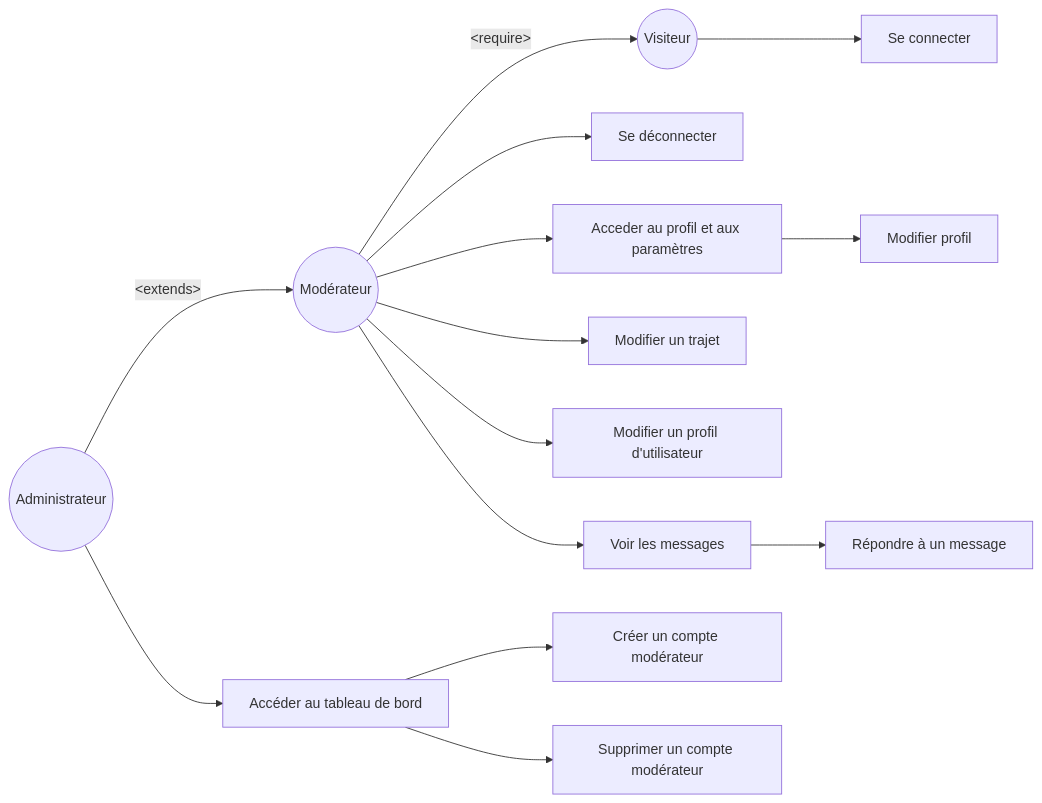
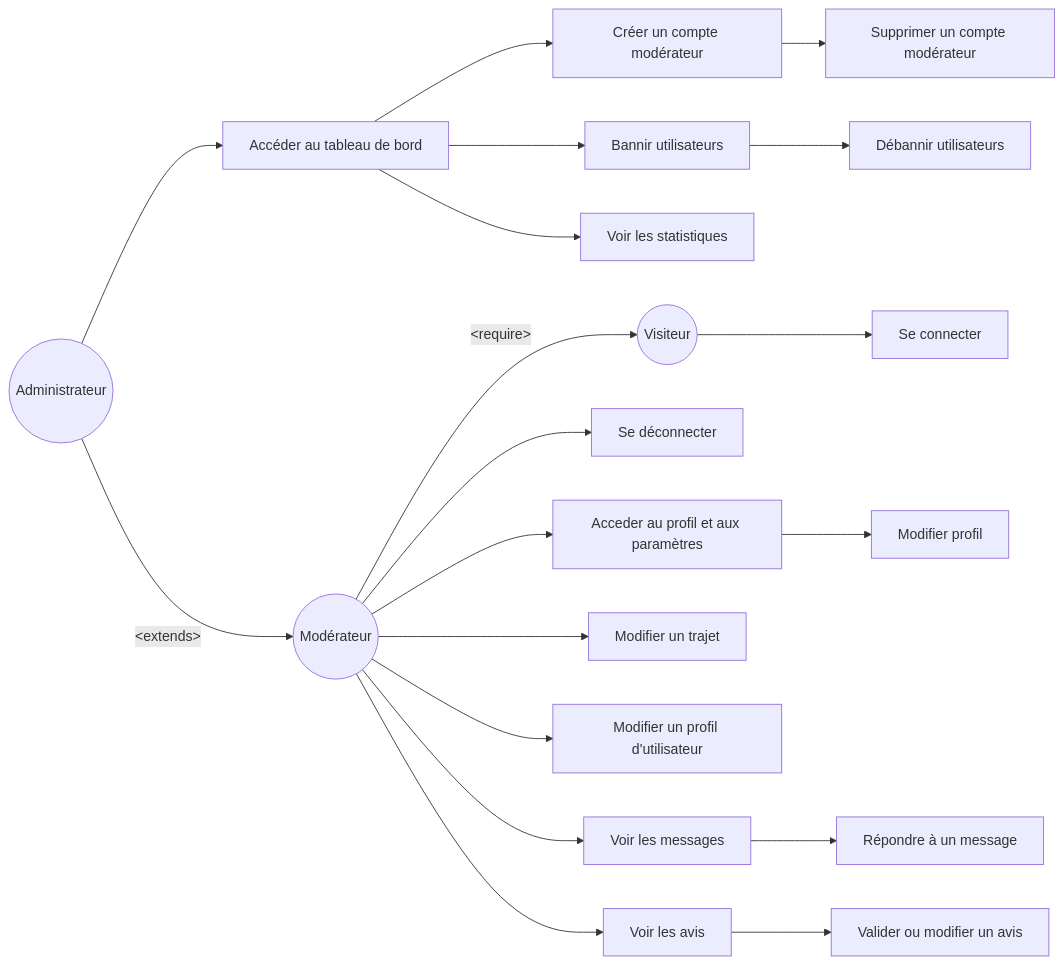
The diagram in diagrams/flowchart/usecase2.mmd (Anarchick/EcoRide), drawn with Mermaid before and after one commit.

Commit message:
update usecase diagram

```diff
--- a/diagrams/flowchart/usecase2.mmd
+++ b/diagrams/flowchart/usecase2.mmd
@@ -1,21 +1,26 @@
 flowchart LR
 visitor((Visiteur))
 modo((Modérateur))
 admin((Administrateur))
 
 visitor --> /login[Se connecter]
 modo -->|&lt;require&gt;| visitor
 
 modo --> /logout[Se déconnecter]
 modo --> /profil[Acceder au profil et aux paramètres]
 /profil --> /profil/edit[Modifier profil]
 modo --> /travels/edit[Modifier un trajet]
 modo --> /profils/edit[Modifier un profil d'utilisateur]
 modo --> /contact/view[Voir les messages]
 /contact/view --> /contact/reply[Répondre à un message]
+modo--> /modo/review[Voir les avis]
+/modo/review --> /modo/review/edit[Valider ou modifier un avis]
 
 admin --> /admin/dashboard[Accéder au tableau de bord]
 /admin/dashboard --> /admin/modo/create[Créer un compte modérateur]
-/admin/dashboard --> /admin/modo/delete[Supprimer un compte modérateur]
+/admin/modo/create --> /admin/modo/delete[Supprimer un compte modérateur]
+/admin/dashboard --> /admin/ban[ Bannir utilisateurs]
+/admin/ban --> /admin/unban[Débannir utilisateurs]
+/admin/dashboard --> /admin/charts[Voir les statistiques]
 
 admin -->|&lt;extends&gt;| modo
```
